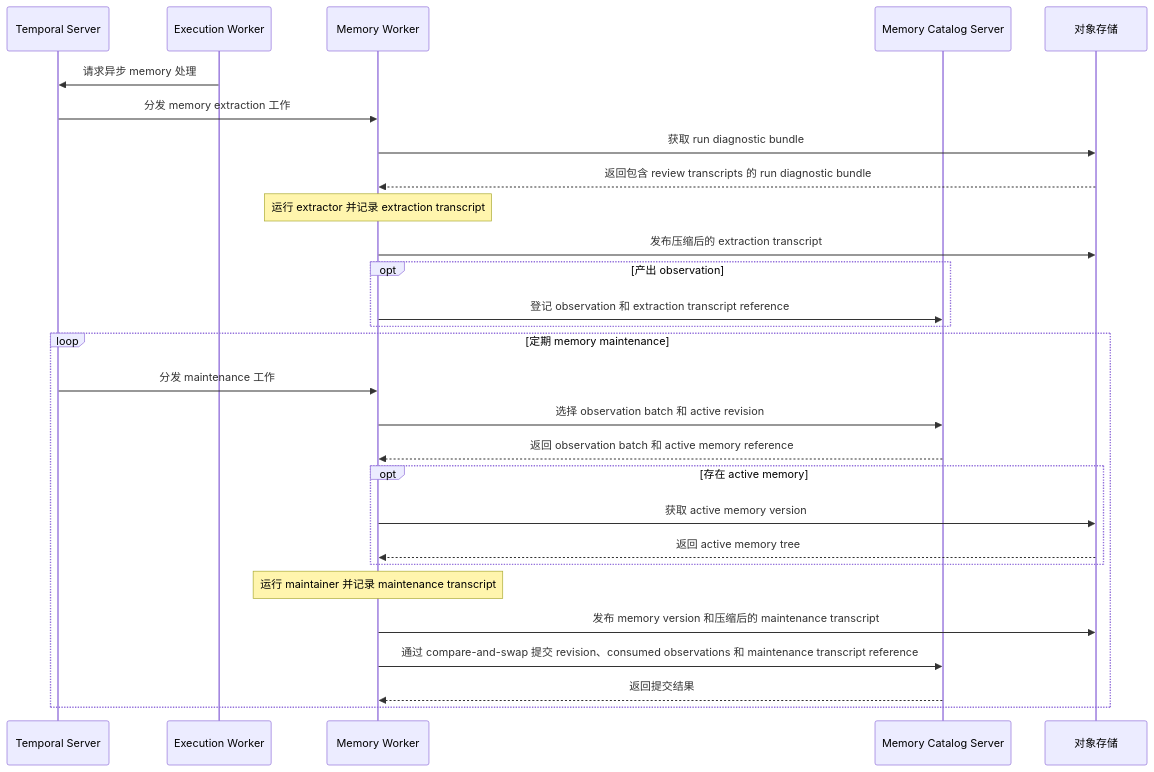
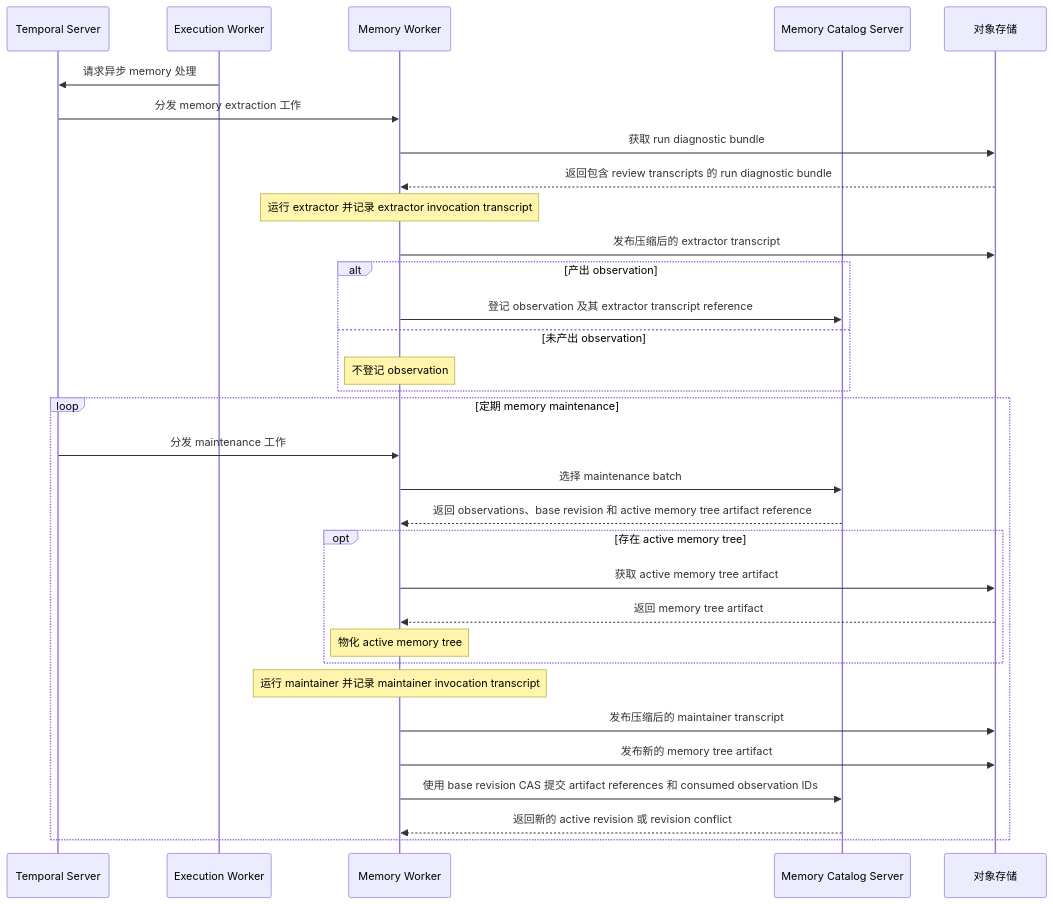
One commit to Agent-AI-Chalmers/sec-review-bot changed the second of 2 diagrams in docs/architecture/SYSTEM_ARCHITECTURE.zh.md. Above: the diagram before and after it, drawn with Mermaid. The commit also changed 54 other files, not shown here.

````diff
--- a/docs/architecture/SYSTEM_ARCHITECTURE.zh.md
+++ b/docs/architecture/SYSTEM_ARCHITECTURE.zh.md
@@ -65,31 +65,35 @@
 ```mermaid
 sequenceDiagram
   participant Temporal as Temporal Server
   participant ExecutionWorker as Execution Worker
   participant MemoryWorker as Memory Worker
   participant Catalog as Memory Catalog Server
   participant Storage as 对象存储
 
   ExecutionWorker->>Temporal: 请求异步 memory 处理
   Temporal->>MemoryWorker: 分发 memory extraction 工作
   MemoryWorker->>Storage: 获取 run diagnostic bundle
   Storage-->>MemoryWorker: 返回包含 review transcripts 的 run diagnostic bundle
-  Note over MemoryWorker: 运行 extractor 并记录 extraction transcript
-  MemoryWorker->>Storage: 发布压缩后的 extraction transcript
-  opt 产出 observation
-    MemoryWorker->>Catalog: 登记 observation 和 extraction transcript reference
+  Note over MemoryWorker: 运行 extractor 并记录 extractor invocation transcript
+  MemoryWorker->>Storage: 发布压缩后的 extractor transcript
+  alt 产出 observation
+    MemoryWorker->>Catalog: 登记 observation 及其 extractor transcript reference
+  else 未产出 observation
+    Note over MemoryWorker: 不登记 observation
   end
   loop 定期 memory maintenance
     Temporal->>MemoryWorker: 分发 maintenance 工作
-    MemoryWorker->>Catalog: 选择 observation batch 和 active revision
-    Catalog-->>MemoryWorker: 返回 observation batch 和 active memory reference
-    opt 存在 active memory
-      MemoryWorker->>Storage: 获取 active memory version
-      Storage-->>MemoryWorker: 返回 active memory tree
+    MemoryWorker->>Catalog: 选择 maintenance batch
+    Catalog-->>MemoryWorker: 返回 observations、base revision 和 active memory tree artifact reference
+    opt 存在 active memory tree
+      MemoryWorker->>Storage: 获取 active memory tree artifact
+      Storage-->>MemoryWorker: 返回 memory tree artifact
+      Note over MemoryWorker: 物化 active memory tree
     end
-    Note over MemoryWorker: 运行 maintainer 并记录 maintenance transcript
-    MemoryWorker->>Storage: 发布 memory version 和压缩后的 maintenance transcript
-    MemoryWorker->>Catalog: 通过 compare-and-swap 提交 revision、consumed observations 和 maintenance transcript reference
-    Catalog-->>MemoryWorker: 返回提交结果
+    Note over MemoryWorker: 运行 maintainer 并记录 maintainer invocation transcript
+    MemoryWorker->>Storage: 发布压缩后的 maintainer transcript
+    MemoryWorker->>Storage: 发布新的 memory tree artifact
+    MemoryWorker->>Catalog: 使用 base revision CAS 提交 artifact references 和 consumed observation IDs
+    Catalog-->>MemoryWorker: 返回新的 active revision 或 revision conflict
   end
 ```
````
